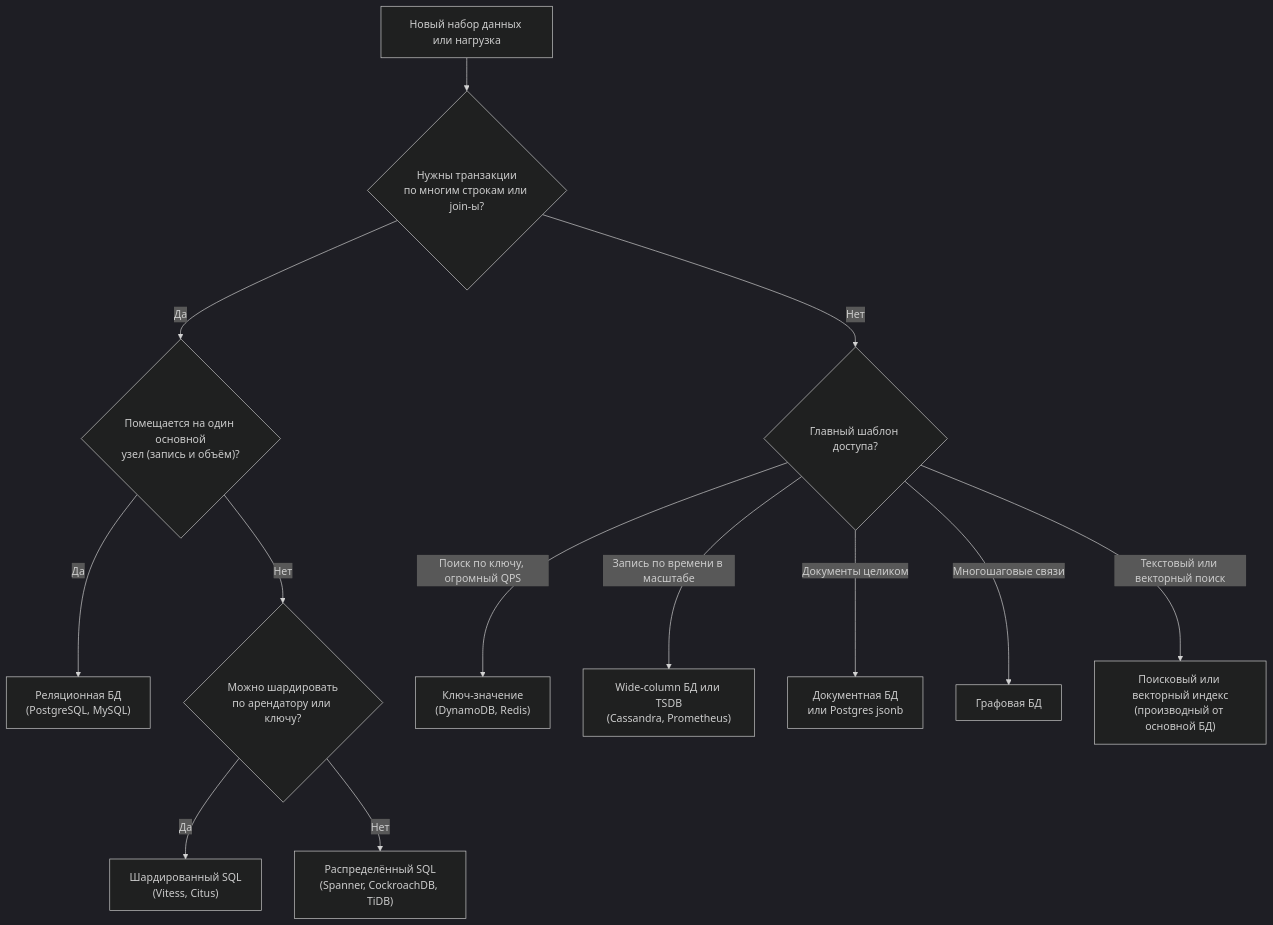
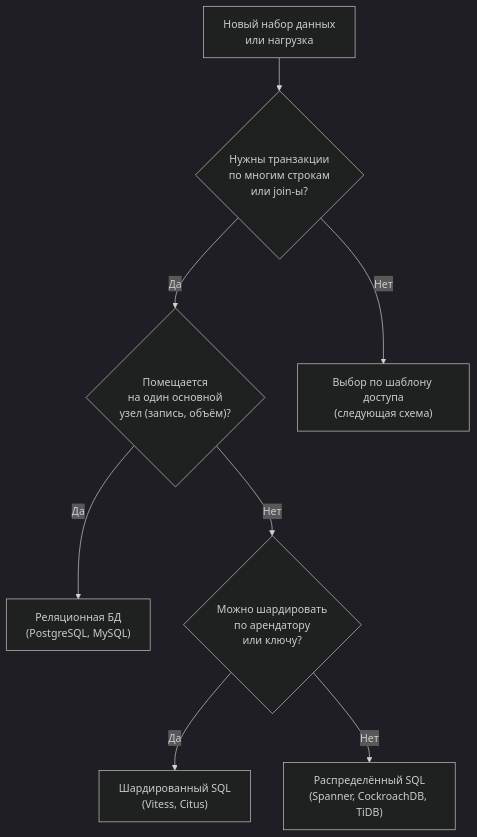
The first of 3 diagrams in src/content/docs/ru/data/sql-or-nosql.mdx (butyavk/system-design), drawn with Mermaid (dark theme) before and after one commit. The commit also changed other lines of this file and 144 other files, not shown here.

````diff
--- a/src/content/docs/ru/data/sql-or-nosql.mdx
+++ b/src/content/docs/ru/data/sql-or-nosql.mdx
@@ -21,15 +21,10 @@
 ```mermaid
 flowchart TD
-  start["Новый набор данных или нагрузка"] --> q1{"Нужны транзакции<br/>по многим строкам или join-ы?"}
-  q1 -->|"Да"| q2{"Помещается на один основной<br/>узел (запись и объём)?"}
+  start["Новый набор данных<br/>или нагрузка"] --> q1{"Нужны транзакции<br/>по многим строкам<br/>или join-ы?"}
+  q1 -->|"Да"| q2{"Помещается<br/>на один основной<br/>узел (запись, объём)?"}
   q2 -->|"Да"| rdb["Реляционная БД<br/>(PostgreSQL, MySQL)"]
-  q2 -->|"Нет"| q3{"Можно шардировать<br/>по арендатору или ключу?"}
+  q2 -->|"Нет"| q3{"Можно шардировать<br/>по арендатору<br/>или ключу?"}
   q3 -->|"Да"| shard["Шардированный SQL<br/>(Vitess, Citus)"]
   q3 -->|"Нет"| dsql["Распределённый SQL<br/>(Spanner, CockroachDB, TiDB)"]
-  q1 -->|"Нет"| q4{"Главный шаблон доступа?"}
-  q4 -->|"Поиск по ключу, огромный QPS"| kv["Ключ-значение<br/>(DynamoDB, Redis)"]
-  q4 -->|"Запись по времени в масштабе"| wc["Wide-column БД или TSDB<br/>(Cassandra, Prometheus)"]
-  q4 -->|"Документы целиком"| doc["Документная БД<br/>или Postgres jsonb"]
-  q4 -->|"Многошаговые связи"| gdb["Графовая БД"]
-  q4 -->|"Текстовый или векторный поиск"| search["Поисковый или векторный индекс<br/>(производный от основной БД)"]
+  q1 -->|"Нет"| q4["Выбор по шаблону доступа<br/>(следующая схема)"]
 ```
````
